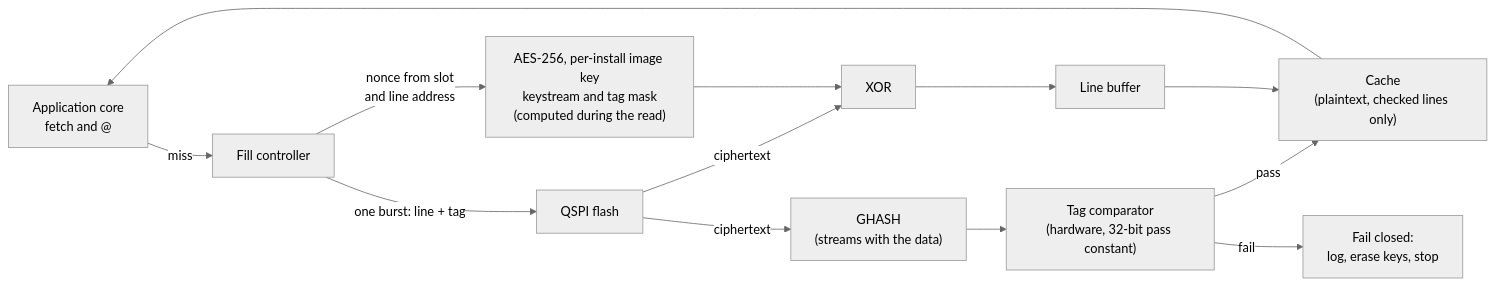
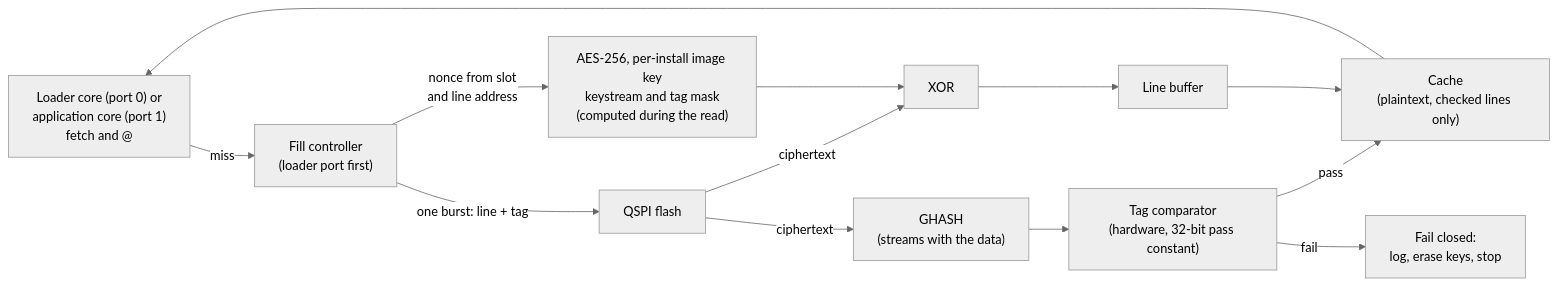
Before and after one commit to bradleyeckert/thriller: the diagram in doc/xip.md, drawn with Mermaid (neutral theme). The commit also changed other lines of this file and 4 other files, not shown here.

First line of the commit message:
Shared two-port XIP engine for both cores; FPGA mirrors the ASIC boot chain (boot ROM, loader in flash)

````diff
--- a/doc/xip.md
+++ b/doc/xip.md
@@ -23,15 +24,15 @@
 ```mermaid
 flowchart LR
-  CPU["Application core<br/>fetch and @"] -->|miss| FSM["Fill controller"]
+  CPU["Loader core (port 0) or<br/>application core (port 1)<br/>fetch and @"] -->|miss| FSM["Fill controller<br/>(loader port first)"]
   FSM -->|"one burst: line + tag"| QSPI["QSPI flash"]
   FSM -->|"nonce from slot<br/>and line address"| AES["AES-256, per-install image key<br/>keystream and tag mask<br/>(computed during the read)"]
   QSPI -->|ciphertext| X["XOR"]
   AES --> X
   QSPI -->|ciphertext| GH["GHASH<br/>(streams with the data)"]
   GH --> CMP["Tag comparator<br/>(hardware, 32-bit pass constant)"]
   X --> BUF["Line buffer"]
   CMP -->|pass| CACHE["Cache<br/>(plaintext, checked lines only)"]
   BUF --> CACHE
   CMP -->|fail| LOCK["Fail closed:<br/>log, erase keys, stop"]
   CACHE --> CPU
 ```
````
